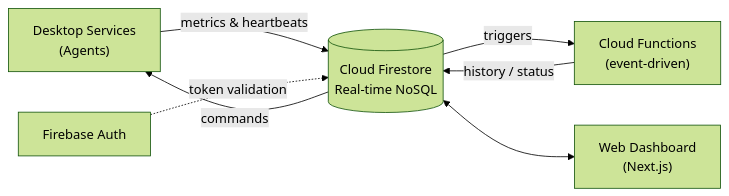
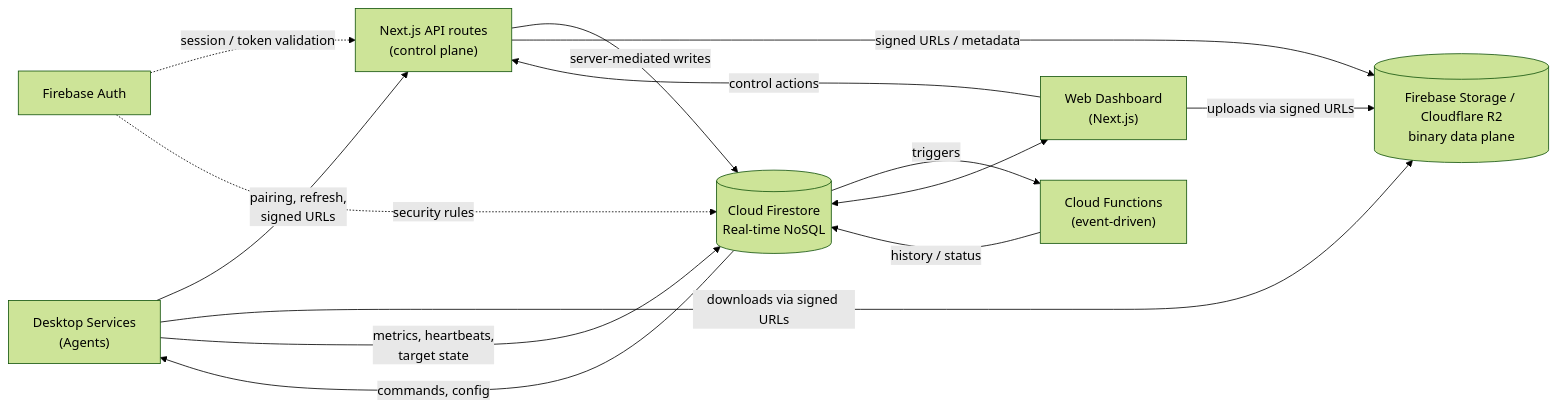
The first of 10 diagrams in docs/architecture.md (theexperiential/owlette), drawn with Mermaid (forest theme) before and after one commit. The commit also changed other lines of this file and 77 other files, not shown here.

````diff
--- a/docs/architecture.md
+++ b/docs/architecture.md
@@ -14,15 +14,24 @@
 ```mermaid
 flowchart LR
     Agents["Desktop Services\n(Agents)"]
+    API["Next.js API routes\n(control plane)"]
     FS[("Cloud Firestore\nReal-time NoSQL")]
+    Storage[("Firebase Storage / Cloudflare R2\nbinary data plane")]
     CF["Cloud Functions\n(event-driven)"]
     Dashboard["Web Dashboard\n(Next.js)"]
     Auth["Firebase Auth"]
 
-    Agents -- "metrics & heartbeats" --> FS
-    FS -- "commands" --> Agents
+    Dashboard -- "control actions" --> API
+    Agents -- "pairing, refresh,\nsigned URLs" --> API
+    API -- "server-mediated writes" --> FS
+    API -- "signed URLs / metadata" --> Storage
+    Dashboard -- "uploads via signed URLs" --> Storage
+    Agents -- "downloads via signed URLs" --> Storage
+    Agents -- "metrics, heartbeats,\ntarget state" --> FS
+    FS -- "commands, config" --> Agents
     FS -- "triggers" --> CF
     CF -- "history / status" --> FS
     FS <--> Dashboard
-    Auth -. "token validation" .-> FS
+    Auth -. "session / token validation" .-> API
+    Auth -. "security rules" .-> FS
 ```
````
